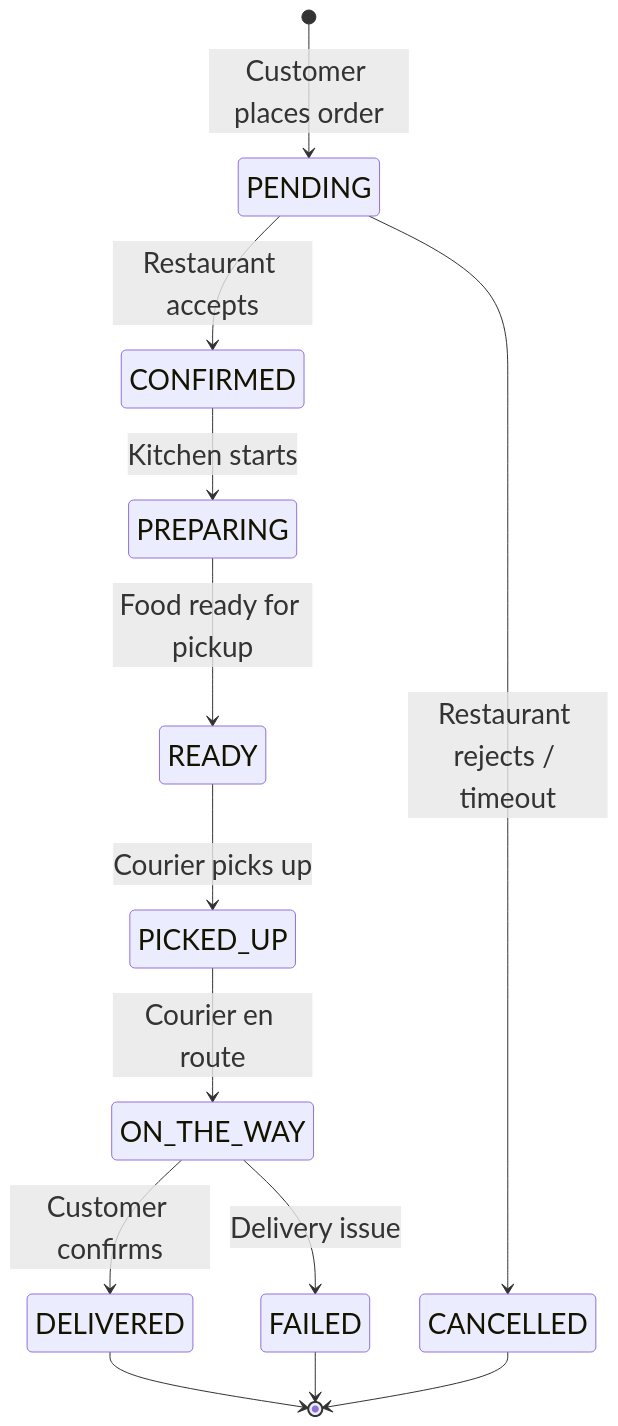
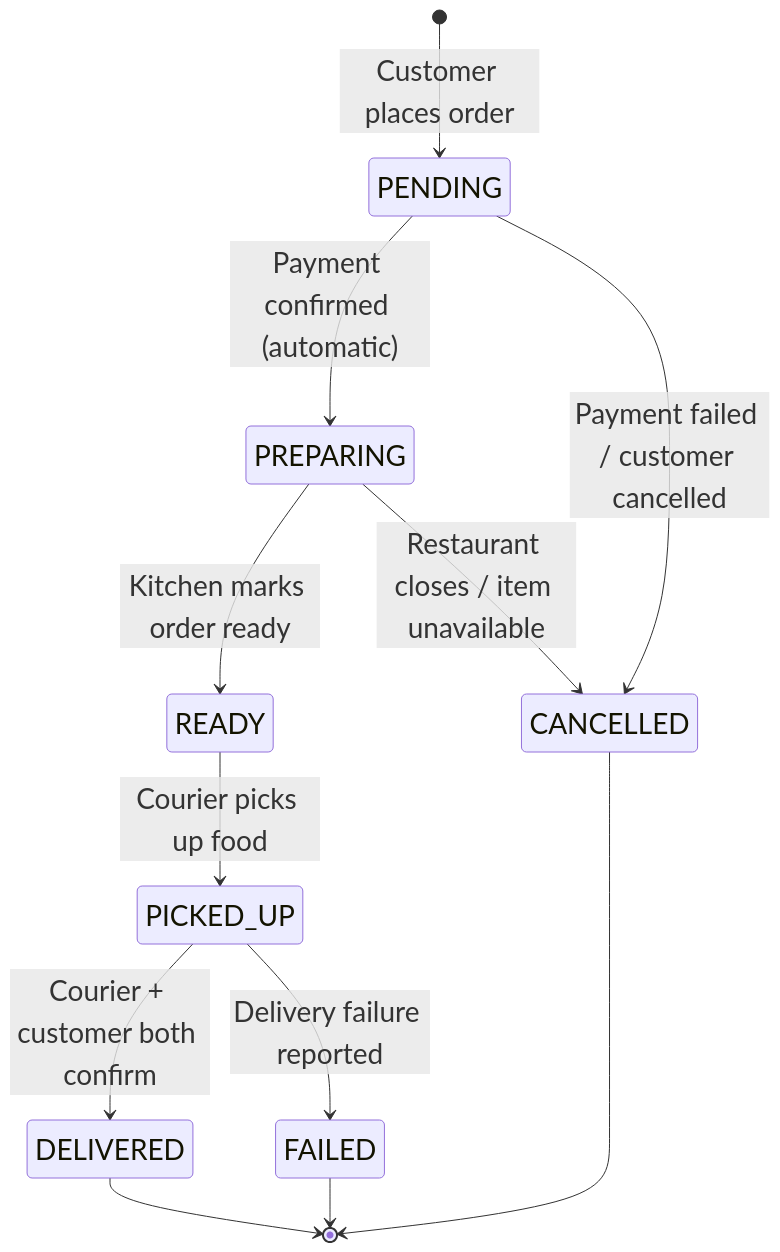
Before and after one commit to food-delivery-platform/docs: the fourth of 10 diagrams in ARCHITECTURE.md, drawn with Mermaid. The commit also changed other lines of this file and 1 other file, not shown here.

Commit message:
simplified project structure - and delivery service

````diff
--- a/ARCHITECTURE.md
+++ b/ARCHITECTURE.md
@@ -511,21 +500,20 @@
 ```mermaid
 ---
 config:
   theme: default
   themeVariables:
     fontSize: "28px"
 ---
 stateDiagram-v2
     [*] --> PENDING: Customer places order
-    PENDING --> CONFIRMED: Restaurant accepts
-    PENDING --> CANCELLED: Restaurant rejects / timeout
-    CONFIRMED --> PREPARING: Kitchen starts
-    PREPARING --> READY: Food ready for pickup
-    READY --> PICKED_UP: Courier picks up
-    PICKED_UP --> ON_THE_WAY: Courier en route
-    ON_THE_WAY --> DELIVERED: Customer confirms
-    ON_THE_WAY --> FAILED: Delivery issue
+    PENDING --> PREPARING: Payment confirmed (automatic)
+    PENDING --> CANCELLED: Payment failed / customer cancelled
+    PREPARING --> READY: Kitchen marks order ready
+    PREPARING --> CANCELLED: Restaurant closes / item unavailable
+    READY --> PICKED_UP: Courier picks up food
+    PICKED_UP --> DELIVERED: Courier + customer both confirm
+    PICKED_UP --> FAILED: Delivery failure reported
     DELIVERED --> [*]
     CANCELLED --> [*]
     FAILED --> [*]
 ```
````
